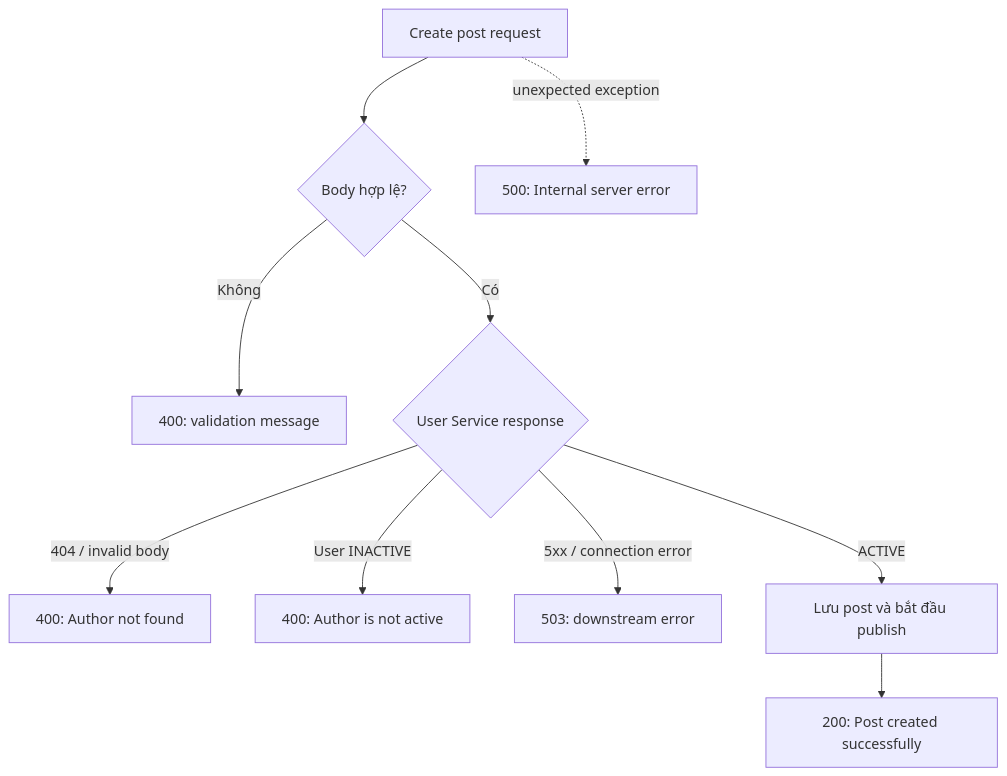
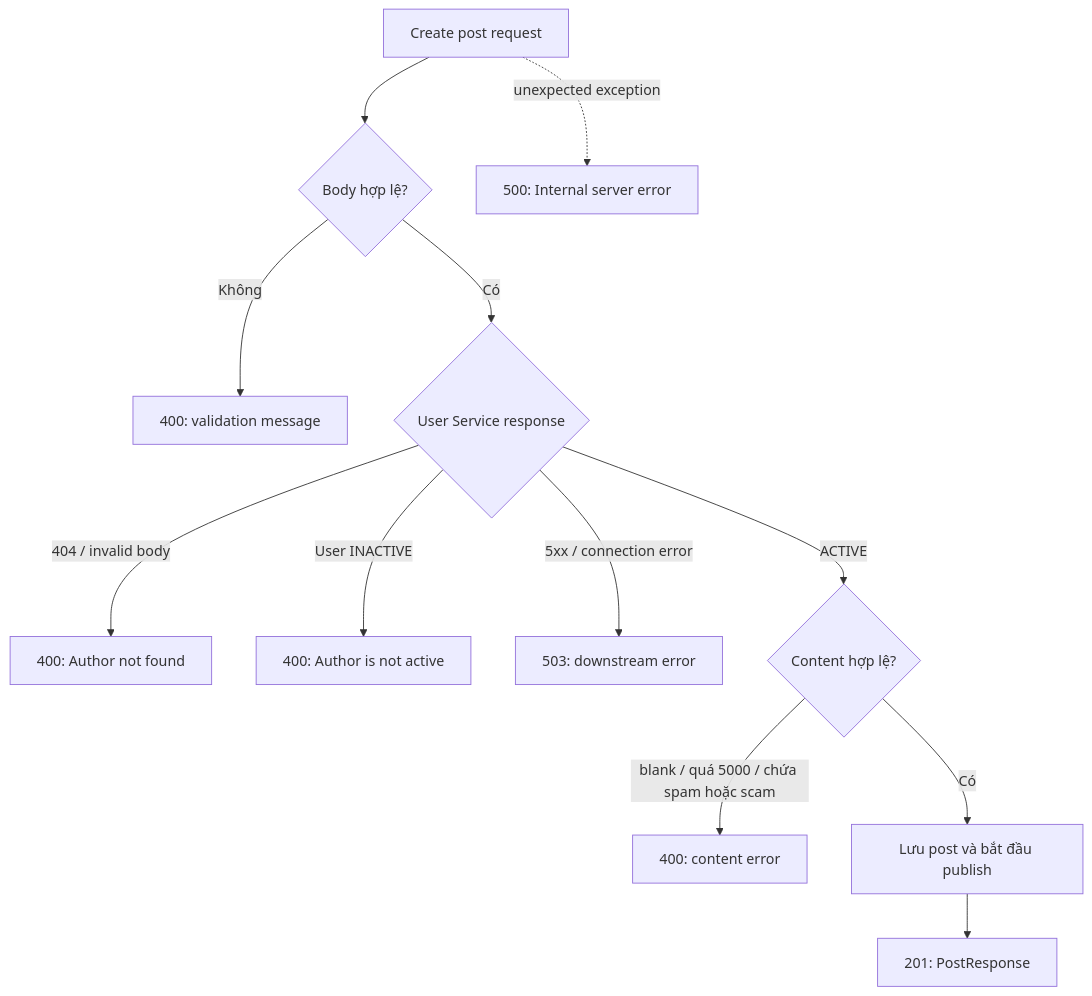
Before and after one commit to lenguyentiendat/devconnect-microservice-demo: the second of 2 diagrams in docs/ARCHITECTURE.md, drawn with Mermaid. The commit also changed other lines of this file and 104 other files, not shown here.

````diff
--- a/docs/ARCHITECTURE.md
+++ b/docs/ARCHITECTURE.md
@@ -186,12 +203,14 @@
 ```mermaid
 flowchart TD
     R[Create post request] --> V{Body hợp lệ?}
     V -- Không --> E400V[400: validation message]
     V -- Có --> U{User Service response}
     U -- 404 / invalid body --> E400N[400: Author not found]
     U -- User INACTIVE --> E400I[400: Author is not active]
     U -- 5xx / connection error --> E503[503: downstream error]
-    U -- ACTIVE --> P[Lưu post và bắt đầu publish]
-    P --> OK[200: Post created successfully]
+    U -- ACTIVE --> C{Content hợp lệ?}
+    C -- blank / quá 5000 / chứa spam hoặc scam --> E400C[400: content error]
+    C -- Có --> P[Lưu post và bắt đầu publish]
+    P --> OK[201: PostResponse]
     R -. unexpected exception .-> E500[500: Internal server error]
 ```
````
